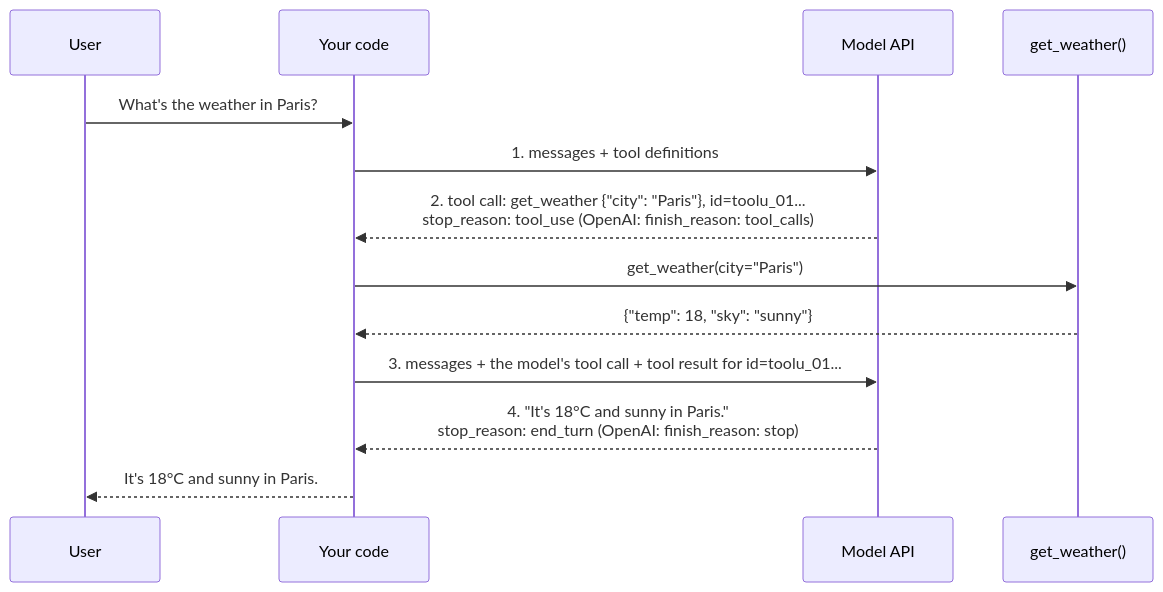
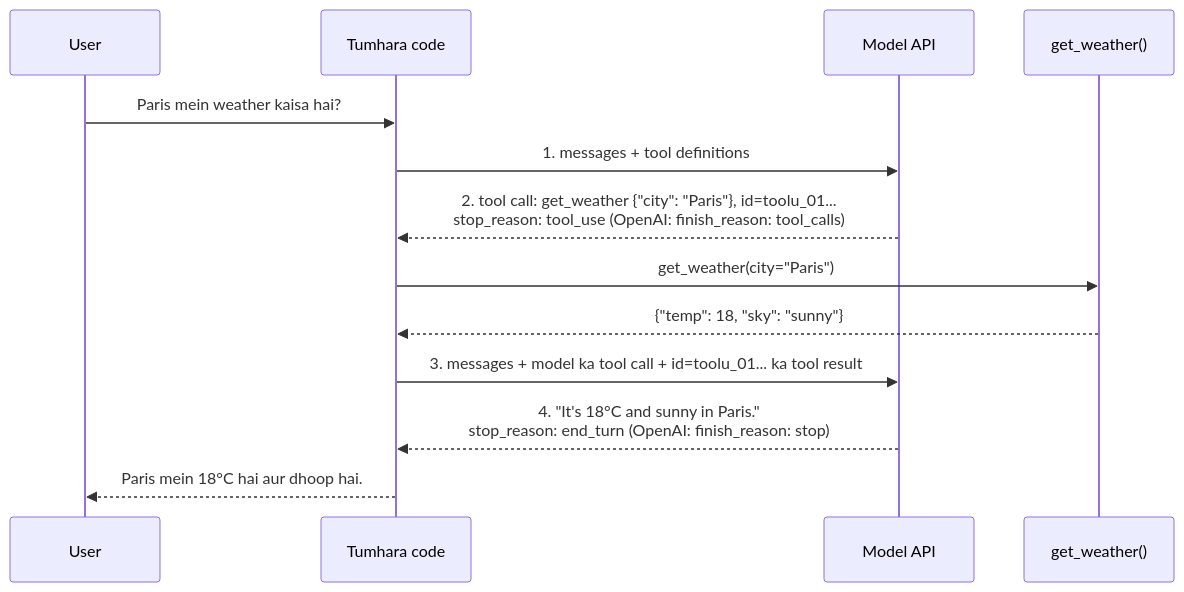
The diagram in docs/03-tools-and-function-calling/03.3-how-function-calling-works.md (asmustechno/agentic-ai-notes), drawn with Mermaid before and after one commit. The commit also changed other lines of this file and 135 other files, not shown here.

````diff
--- a/docs/03-tools-and-function-calling/03.3-how-function-calling-works.md
+++ b/docs/03-tools-and-function-calling/03.3-how-function-calling-works.md
@@ -41,15 +43,15 @@
 ```mermaid
 sequenceDiagram
     participant U as User
-    participant A as Your code
+    participant A as Tumhara code
     participant M as Model API
     participant T as get_weather()
-    U->>A: What's the weather in Paris?
+    U->>A: Paris mein weather kaisa hai?
     A->>M: 1. messages + tool definitions
     M-->>A: 2. tool call: get_weather {"city": "Paris"}, id=toolu_01...<br/>stop_reason: tool_use (OpenAI: finish_reason: tool_calls)
     A->>T: get_weather(city="Paris")
     T-->>A: {"temp": 18, "sky": "sunny"}
-    A->>M: 3. messages + the model's tool call + tool result for id=toolu_01...
+    A->>M: 3. messages + model ka tool call + id=toolu_01... ka tool result
     M-->>A: 4. "It's 18°C and sunny in Paris."<br/>stop_reason: end_turn (OpenAI: finish_reason: stop)
-    A-->>U: It's 18°C and sunny in Paris.
+    A-->>U: Paris mein 18°C hai aur dhoop hai.
 ```
````
